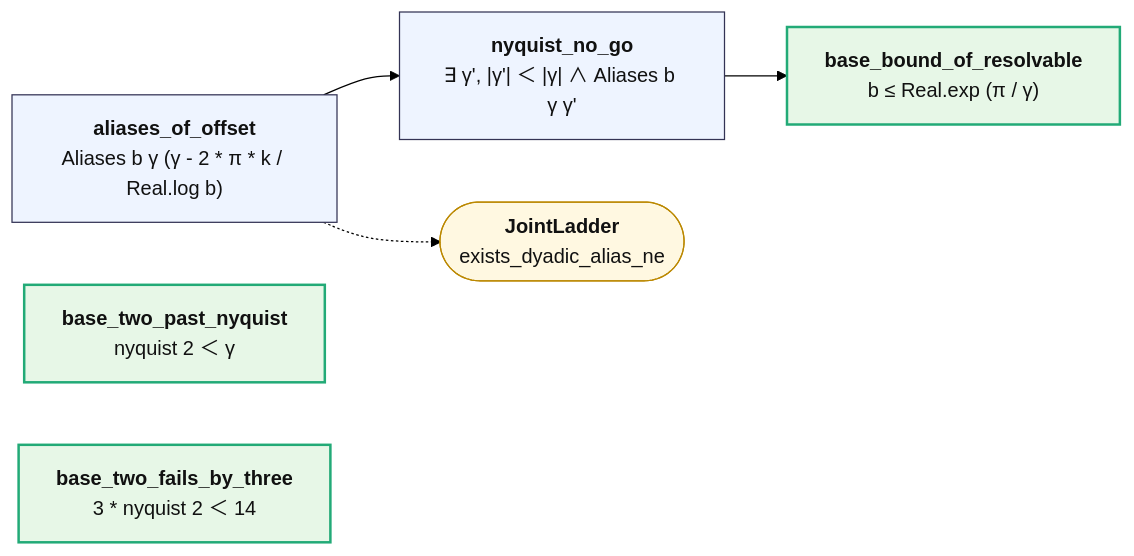
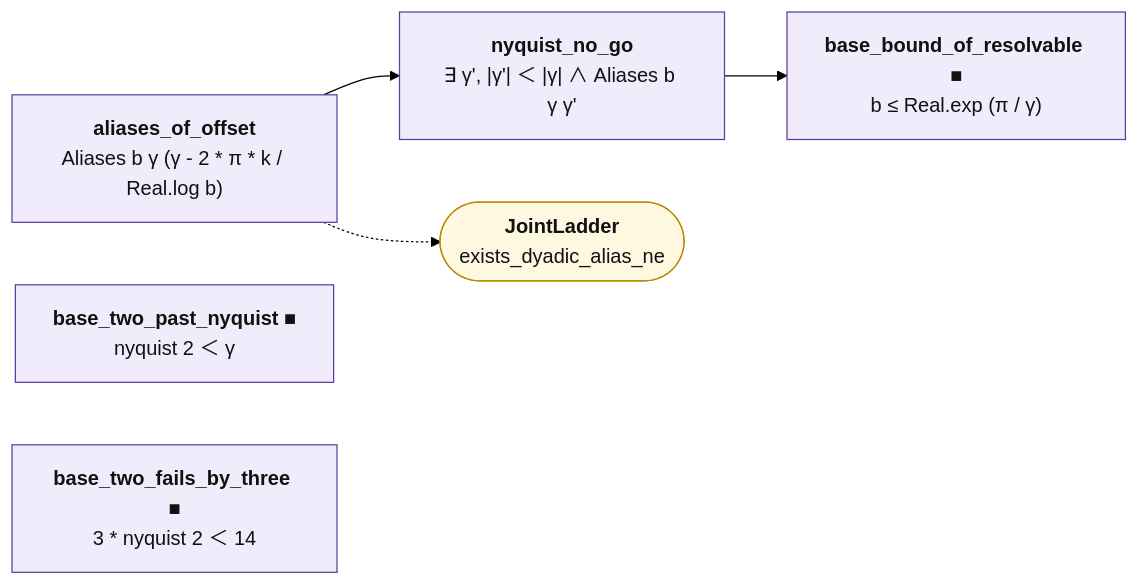
Before and after one commit to juliansambranojr/Primebeat_081426: the diagram in map/lean/Nyquist.md, drawn with Mermaid (forest theme). The commit also changed other lines of this file and 398 other files, not shown here.

````diff
--- a/map/lean/Nyquist.md
+++ b/map/lean/Nyquist.md
@@ -12,17 +12,20 @@
 ```mermaid
 flowchart LR
-  n0["<b>aliases_of_offset</b><br/>Aliases b γ (γ - 2 * π * k / Real.log b)"]:::thm
-  n1["<b>nyquist_no_go</b><br/>∃ γ', |γ'| ＜ |γ| ∧ Aliases b γ γ'"]:::thm
-  n2["<b>base_bound_of_resolvable</b><br/>b ≤ Real.exp (π / γ)"]:::end_
-  n3["<b>base_two_past_nyquist</b><br/>nyquist 2 ＜ γ"]:::end_
-  n4["<b>base_two_fails_by_three</b><br/>3 * nyquist 2 ＜ 14"]:::end_
+  n0["<b>aliases_of_offset</b><br/>Aliases b γ (γ - 2 * π * k / Real.log b)"]:::shp
+  n1["<b>nyquist_no_go</b><br/>∃ γ', |γ'| ＜ |γ| ∧ Aliases b γ γ'"]:::shp
+  n2["<b>base_bound_of_resolvable ■</b><br/>b ≤ Real.exp (π / γ)"]:::shp
+  n3["<b>base_two_past_nyquist ■</b><br/>nyquist 2 ＜ γ"]:::shp
+  n4["<b>base_two_fails_by_three ■</b><br/>3 * nyquist 2 ＜ 14"]:::shp
   x0(["<b>JointLadder</b><br/>exists_dyadic_alias_ne"]):::ext
   n0 --> n1
   n1 --> n2
   n0 -.-> x0
+  classDef cnt fill:#dff5ec,stroke:#17694a,color:#111
+  classDef shp fill:#f1ecfb,stroke:#5b3fa0,color:#111
+  classDef rh fill:#ffe5e5,stroke:#c22,color:#111,stroke-width:2px
   classDef thm fill:#eef4ff,stroke:#335,color:#111
   classDef end_ fill:#e7f7e7,stroke:#2a7,color:#111,stroke-width:2px
   classDef lone fill:#fff,stroke:#999,color:#111,stroke-dasharray:4 3
   classDef bad fill:#ffe5e5,stroke:#c22,color:#111,stroke-width:2px
   classDef ext fill:#fff8e1,stroke:#b80,color:#111
 ```
````
